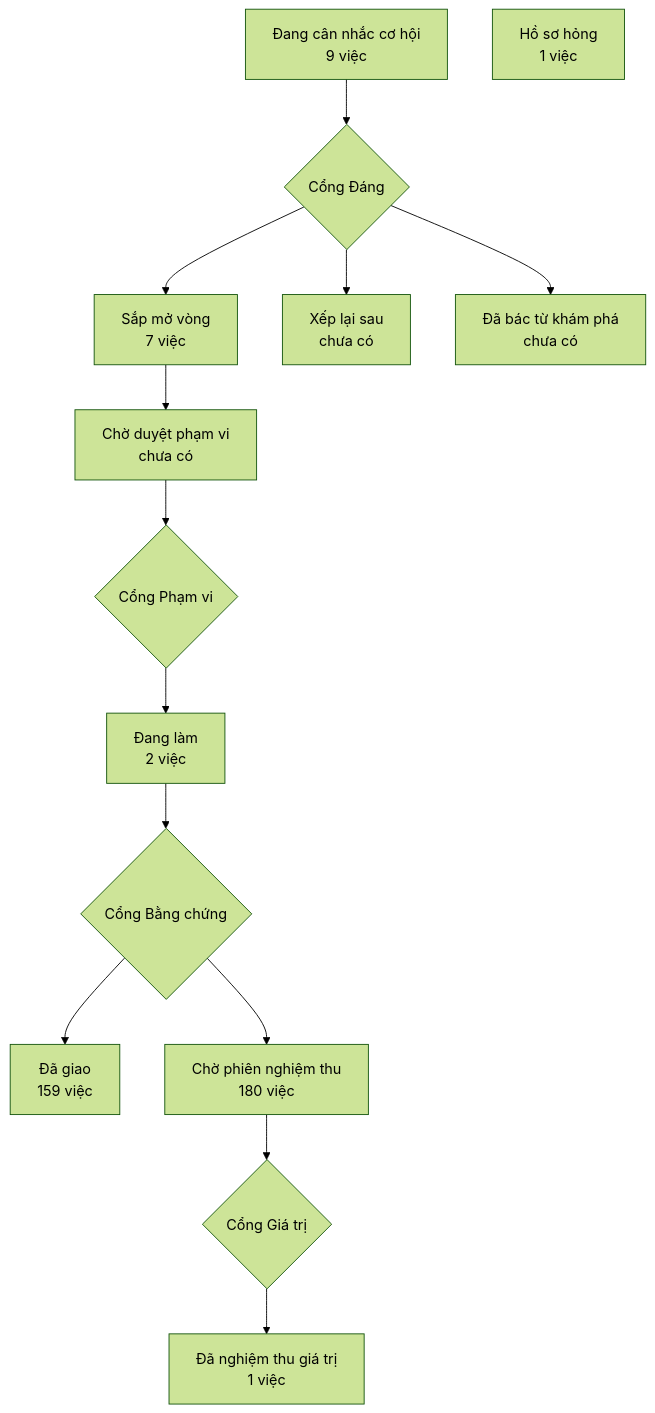
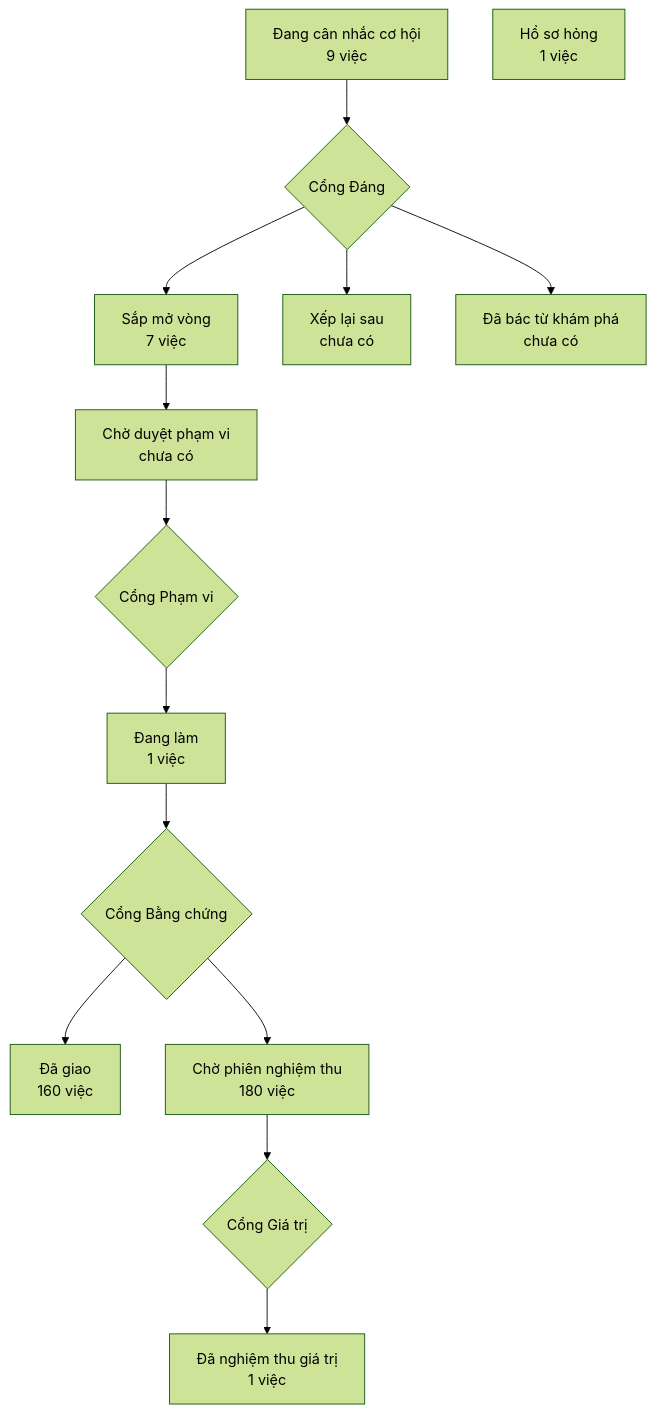
The diagram in PRODUCT-MAP.md (phanlemanh/crm-onehub), drawn with Mermaid (forest theme) before and after one commit. The commit also changed 4 other files, not shown here.

````diff
--- a/PRODUCT-MAP.md
+++ b/PRODUCT-MAP.md
@@ -7,13 +7,13 @@
 ```mermaid
 flowchart TD
   A["Đang cân nhắc cơ hội<br/>9 việc"] --> GD{"Cổng Đáng"}
   GD --> B["Sắp mở vòng<br/>7 việc"]
   GD --> XL["Xếp lại sau<br/>chưa có"]
   GD --> DB["Đã bác từ khám phá<br/>chưa có"]
   B --> CD["Chờ duyệt phạm vi<br/>chưa có"] --> GP{"Cổng Phạm vi"}
-  GP --> DL["Đang làm<br/>2 việc"] --> GB{"Cổng Bằng chứng"}
-  GB --> DG["Đã giao<br/>159 việc"]
+  GP --> DL["Đang làm<br/>1 việc"] --> GB{"Cổng Bằng chứng"}
+  GB --> DG["Đã giao<br/>160 việc"]
   GB --> CN["Chờ phiên nghiệm thu<br/>180 việc"] --> GG{"Cổng Giá trị"}
   GG --> NT["Đã nghiệm thu giá trị<br/>1 việc"]
   HS["Hồ sơ hỏng<br/>1 việc"]
 ```
````
